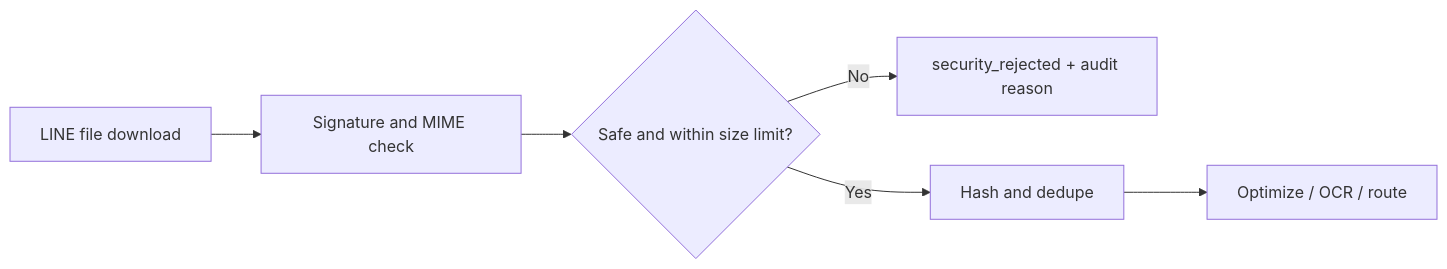
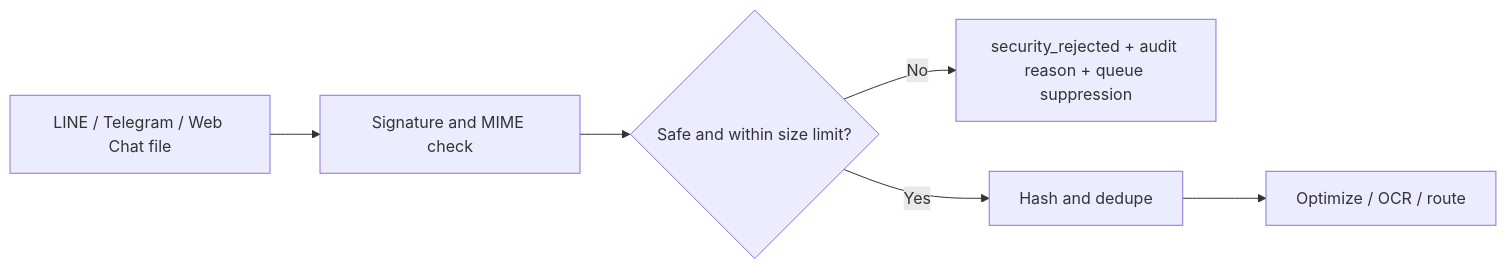
One commit to paramonjong-afk/WisdomAI changed the second of 16 diagrams in docs/FLOW_REGISTRY_UPDATE_PROTOCOL.md. Above: the diagram before and after it, drawn with Mermaid. The commit also changed 5 other files, not shown here.

Commit message:
feat: apply intake security gate to chat channels

````diff
--- a/docs/FLOW_REGISTRY_UPDATE_PROTOCOL.md
+++ b/docs/FLOW_REGISTRY_UPDATE_PROTOCOL.md
@@ -28,8 +28,8 @@
 ```mermaid
 flowchart LR
-  A[LINE file download] --> B[Signature and MIME check]
+  A[LINE / Telegram / Web Chat file] --> B[Signature and MIME check]
   B --> C{Safe and within size limit?}
-  C -->|No| D[security_rejected + audit reason]
+  C -->|No| D[security_rejected + audit reason + queue suppression]
   C -->|Yes| E[Hash and dedupe]
   E --> F[Optimize / OCR / route]
 ```
````
